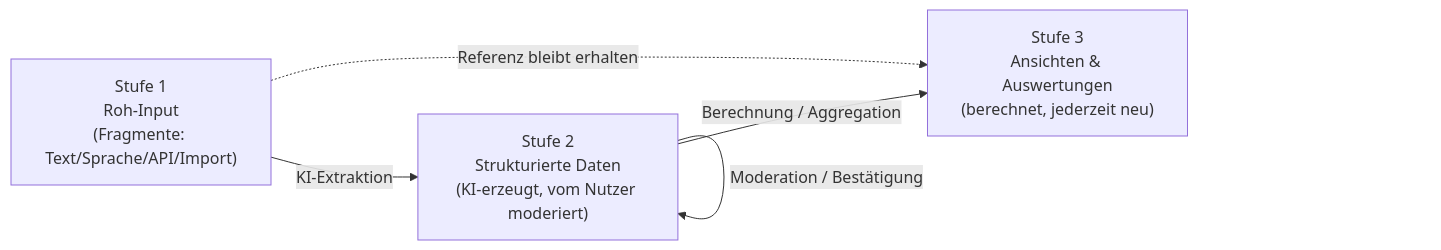
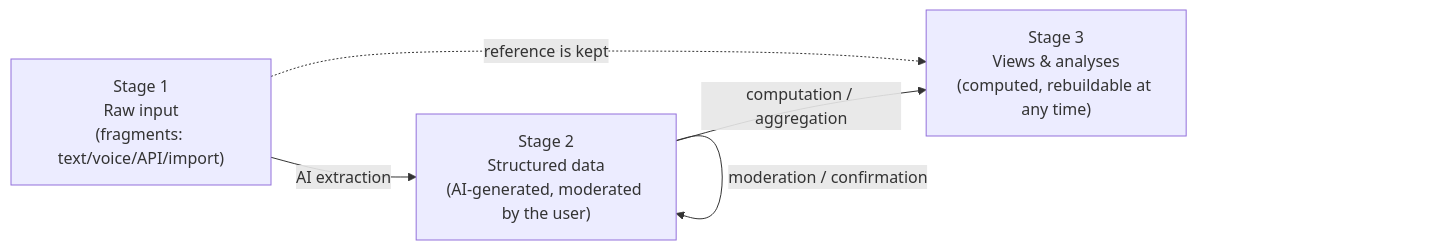
The first of 3 diagrams in docs/KONZEPT.md (Noxon007/life-dash), drawn with Mermaid before and after one commit. The commit also changed other lines of this file and 6 other files, not shown here.

````diff
--- a/docs/KONZEPT.md
+++ b/docs/KONZEPT.md
@@ -57,10 +57,10 @@
 ```mermaid
 flowchart LR
-    S1["Stufe 1\nRoh-Input\n(Fragmente: Text/Sprache/API/Import)"]
-    S2["Stufe 2\nStrukturierte Daten\n(KI-erzeugt, vom Nutzer moderiert)"]
-    S3["Stufe 3\nAnsichten & Auswertungen\n(berechnet, jederzeit neu)"]
-    S1 -- "KI-Extraktion" --> S2
-    S2 -- "Moderation / Bestätigung" --> S2
-    S2 -- "Berechnung / Aggregation" --> S3
-    S1 -. "Referenz bleibt erhalten" .-> S3
+    S1["Stage 1\nRaw input\n(fragments: text/voice/API/import)"]
+    S2["Stage 2\nStructured data\n(AI-generated, moderated by the user)"]
+    S3["Stage 3\nViews & analyses\n(computed, rebuildable at any time)"]
+    S1 -- "AI extraction" --> S2
+    S2 -- "moderation / confirmation" --> S2
+    S2 -- "computation / aggregation" --> S3
+    S1 -. "reference is kept" .-> S3
 ```
````
